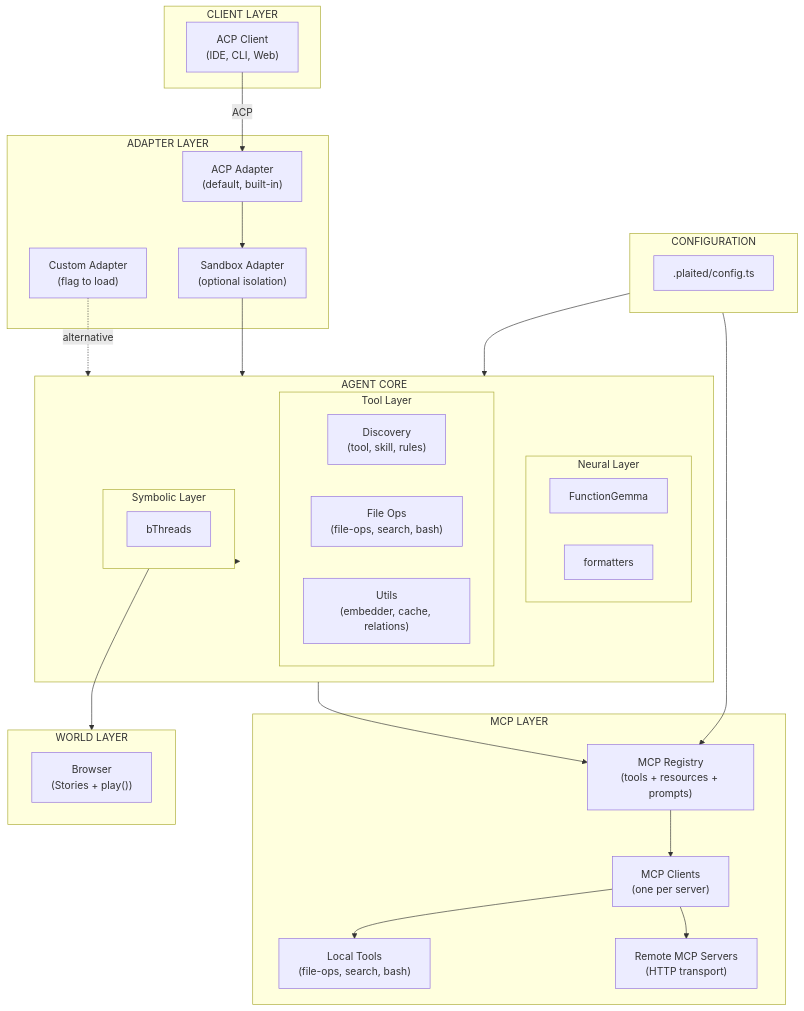
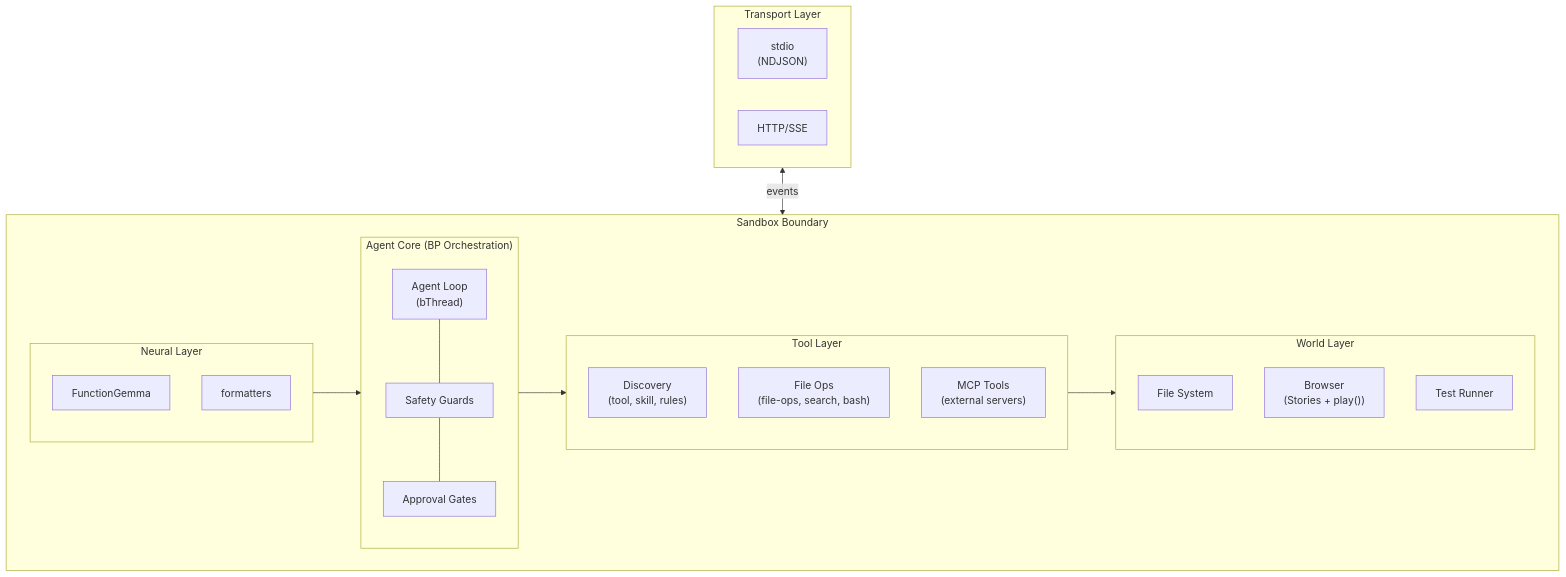
Before and after one commit to plaited/plaited: the first of 2 diagrams in PLAITED-AGENT-PLAN.md, drawn with Mermaid. The commit also changed other lines of this file, not shown here.

First line of the commit message:
docs(agent): revise plan for headless-first architecture

````diff
--- a/PLAITED-AGENT-PLAN.md
+++ b/PLAITED-AGENT-PLAN.md
@@ -16,56 +17,39 @@
 ```mermaid
 flowchart TB
-    subgraph Config["CONFIGURATION"]
-        ConfigFile[".plaited/config.ts"]
-    end
+    subgraph Sandbox["Sandbox Boundary"]
+        subgraph Agent["Agent Core (BP Orchestration)"]
+            Loop["Agent Loop<br/>(bThread)"]
+            Safety["Safety Guards"]
+            Approval["Approval Gates"]
+            Loop --- Safety --- Approval
+        end
 
-    subgraph Client["CLIENT LAYER"]
-        ACPClient["ACP Client<br/>(IDE, CLI, Web)"]
-    end
+        subgraph Tool["Tool Layer"]
+            Discovery["Discovery<br/>(tool, skill, rules)"]
+            FileTools["File Ops<br/>(file-ops, search, bash)"]
+            MCPTools["MCP Tools<br/>(external servers)"]
+        end
 
-    subgraph Adapters["ADAPTER LAYER"]
-        ACPAdapter["ACP Adapter<br/>(default, built-in)"]
-        SandboxAdapter["Sandbox Adapter<br/>(optional isolation)"]
-        CustomAdapter["Custom Adapter<br/>(flag to load)"]
-    end
-
-    subgraph Agent["AGENT CORE"]
         subgraph Neural["Neural Layer"]
             Model["FunctionGemma"]
             Formatters["formatters"]
         end
 
-        subgraph Tool["Tool Layer"]
-            Discovery["Discovery<br/>(tool, skill, rules)"]
-            FileTools["File Ops<br/>(file-ops, search, bash)"]
-            Utils["Utils<br/>(embedder, cache, relations)"]
+        subgraph World["World Layer"]
+            Files["File System"]
+            Browser["Browser<br/>(Stories + play())"]
+            TestRunner["Test Runner"]
         end
 
-        subgraph Symbolic["Symbolic Layer"]
-            BThreads["bThreads"]
-        end
+        Agent --> Tool
+        Tool --> World
+        Neural --> Agent
     end
 
-    subgraph MCP["MCP LAYER"]
-        MCPRegistry["MCP Registry<br/>(tools + resources + prompts)"]
-        MCPClients["MCP Clients<br/>(one per server)"]
-        LocalMCP["Local Tools<br/>(file-ops, search, bash)"]
-        RemoteMCP["Remote MCP Servers<br/>(HTTP transport)"]
+    subgraph Transport["Transport Layer"]
+        Stdio["stdio<br/>(NDJSON)"]
+        HTTP["HTTP/SSE"]
     end
 
-    subgraph World["WORLD LAYER"]
-        Browser["Browser<br/>(Stories + play())"]
-    end
-
-    Config --> Agent
-    Config --> MCPRegistry
-    ACPClient -->|"ACP"| ACPAdapter
-    ACPAdapter --> SandboxAdapter
-    SandboxAdapter --> Agent
-    CustomAdapter -.->|"alternative"| Agent
-    Agent --> MCPRegistry
-    MCPRegistry --> MCPClients
-    MCPClients --> LocalMCP
-    MCPClients --> RemoteMCP
-    Agent --> Symbolic --> World
+    Transport <-->|"events"| Sandbox
 ```
````
